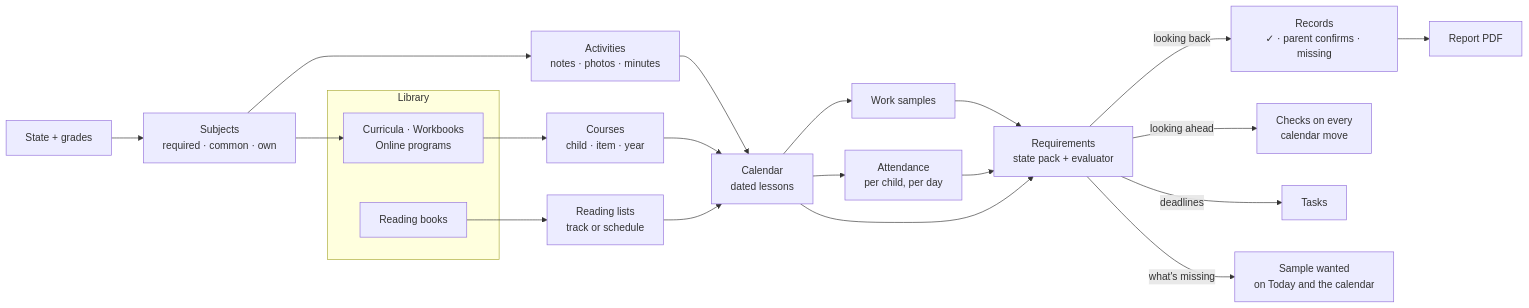
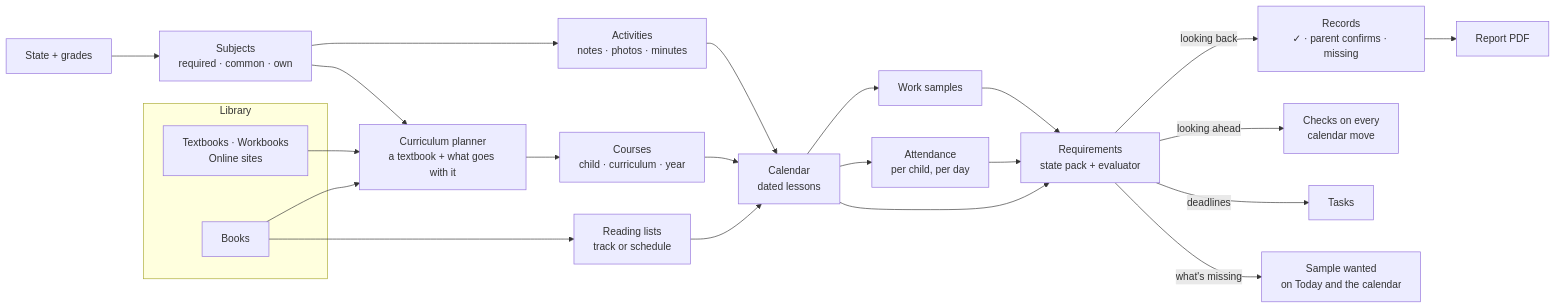
The diagram in docs/6-planning/product-spine.md (Object-Advanced/curiculy), drawn with Mermaid before and after one commit. The commit also changed other lines of this file and 39 other files, not shown here.

````diff
--- a/docs/6-planning/product-spine.md
+++ b/docs/6-planning/product-spine.md
@@ -31,25 +31,27 @@
 ```mermaid
 flowchart LR
   subgraph Library
-    C[Curricula · Workbooks<br/>Online programs]
-    R[Reading books]
+    C[Textbooks · Workbooks<br/>Online sites]
+    R[Books]
   end
   ST[State + grades] --> SU[Subjects<br/>required · common · own]
-  SU --> C
+  SU --> PL[Curriculum planner<br/>a textbook + what goes with it]
+  C --> PL
+  R --> PL
   SU --> AC[Activities<br/>notes · photos · minutes]
-  C --> CO[Courses<br/>child · item · year]
+  PL --> CO[Courses<br/>child · curriculum · year]
   AC --> CAL
   R --> RL[Reading lists<br/>track or schedule]
   CO --> CAL[Calendar<br/>dated lessons]
   RL --> CAL
   CAL --> WS[Work samples]
   CAL --> AT[Attendance<br/>per child, per day]
   WS --> REQ[Requirements<br/>state pack + evaluator]
   AT --> REQ
   CAL --> REQ
   REQ -->|looking back| REC[Records<br/>✓ · parent confirms · missing]
   REC --> PDF[Report PDF]
   REQ -->|looking ahead| CHK[Checks on every<br/>calendar move]
   REQ -->|deadlines| T[Tasks]
   REQ -->|what's missing| SW[Sample wanted<br/>on Today and the calendar]
 ```
````
